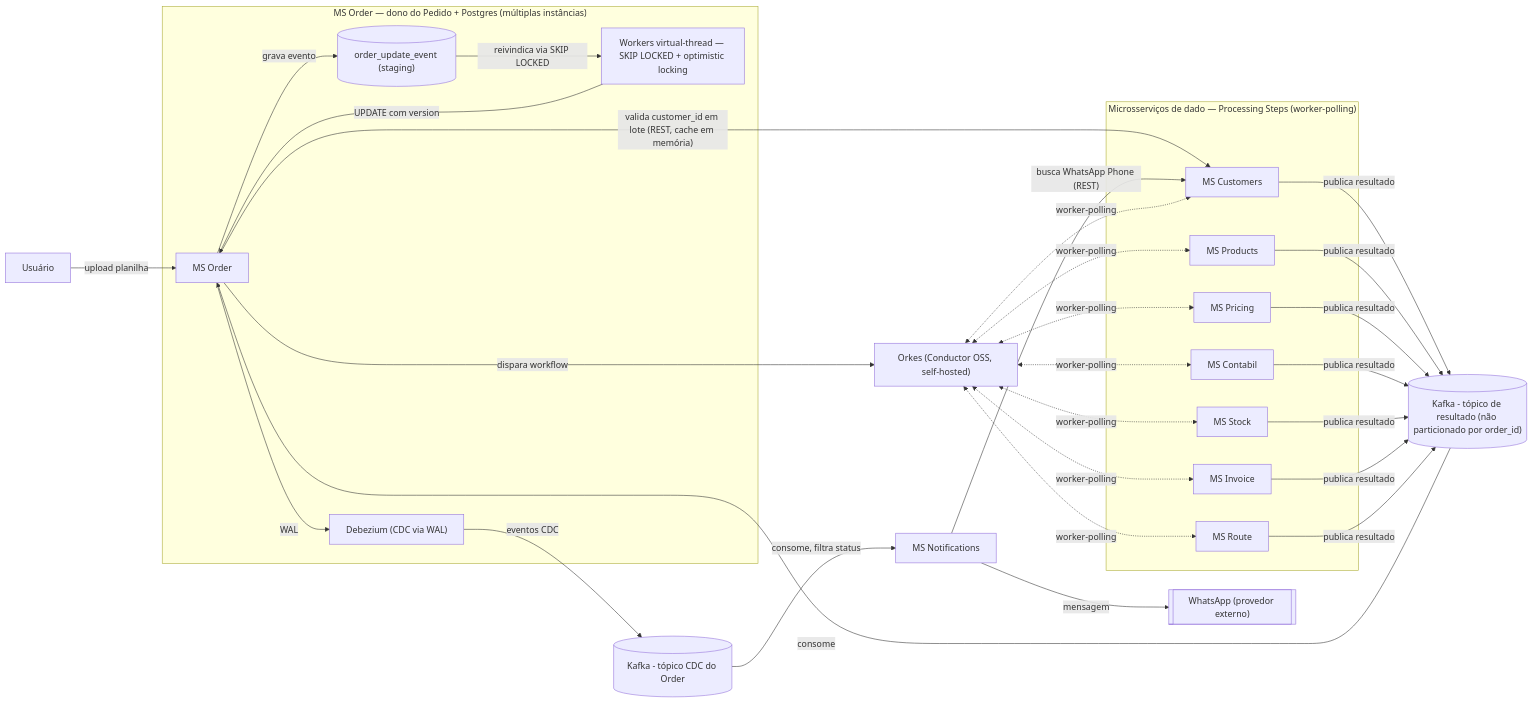
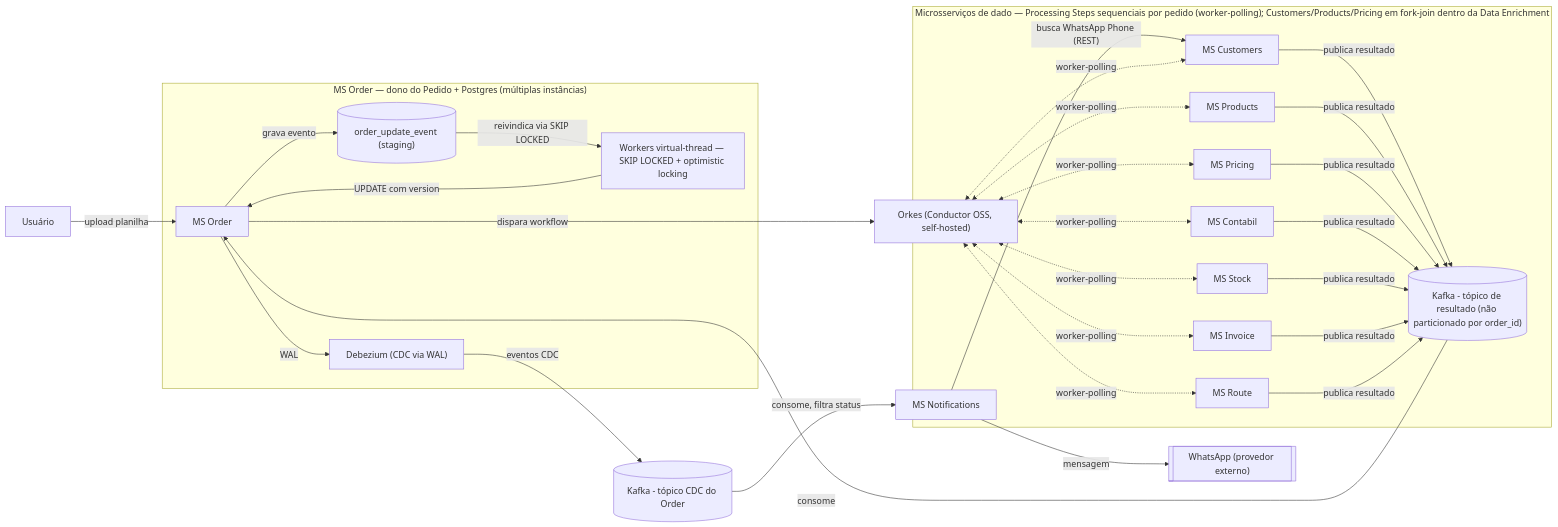
The second of 3 diagrams in app/docs/specs/order-processing-prd.md (george-bonespirito/uncle-bob-best-practices-with-ia), drawn with Mermaid before and after one commit. The commit also changed other lines of this file and 8 other files, not shown here.

````diff
--- a/app/docs/specs/order-processing-prd.md
+++ b/app/docs/specs/order-processing-prd.md
@@ -107,55 +107,54 @@
 ```mermaid
 flowchart LR
     User["Usuário"]
 
     subgraph OrderCtx["MS Order — dono do Pedido + Postgres (múltiplas instâncias)"]
         Order["MS Order"]
         Staging[("order_update_event (staging)")]
         Workers["Workers virtual-thread — SKIP LOCKED + optimistic locking"]
         Debezium["Debezium (CDC via WAL)"]
     end
 
     Orkes["Orkes (Conductor OSS, self-hosted)"]
 
-    subgraph DataMS["Microsserviços de dado — Processing Steps (worker-polling)"]
+    subgraph DataMS["Microsserviços de dado — Processing Steps sequenciais por pedido (worker-polling); Customers/Products/Pricing em fork-join dentro da Data Enrichment"]
         Customers["MS Customers"]
         Products["MS Products"]
         Pricing["MS Pricing"]
         Stock["MS Stock"]
         Contabil["MS Contabil"]
         Invoice["MS Invoice"]
         Route["MS Route"]
     end
 
     ResultsKafka[("Kafka - tópico de resultado (não particionado por order_id)")]
     CdcKafka[("Kafka - tópico CDC do Order")]
     Notifications["MS Notifications"]
     WhatsApp[["WhatsApp (provedor externo)"]]
 
     User -->|"upload planilha"| Order
-    Order -->|"valida customer_id em lote (REST, cache em memória)"| Customers
     Notifications -->|"busca WhatsApp Phone (REST)"| Customers
     Order -->|"dispara workflow"| Orkes
     Orkes <-.->|"worker-polling"| Customers
     Orkes <-.->|"worker-polling"| Products
     Orkes <-.->|"worker-polling"| Pricing
     Orkes <-.->|"worker-polling"| Contabil
     Orkes <-.->|"worker-polling"| Stock
     Orkes <-.->|"worker-polling"| Invoice
     Orkes <-.->|"worker-polling"| Route
     Customers -->|"publica resultado"| ResultsKafka
     Products -->|"publica resultado"| ResultsKafka
     Pricing -->|"publica resultado"| ResultsKafka
     Contabil -->|"publica resultado"| ResultsKafka
     Stock -->|"publica resultado"| ResultsKafka
     Invoice -->|"publica resultado"| ResultsKafka
     Route -->|"publica resultado"| ResultsKafka
     ResultsKafka -->|"consome"| Order
     Order -->|"grava evento"| Staging
     Staging -->|"reivindica via SKIP LOCKED"| Workers
     Workers -->|"UPDATE com version"| Order
     Order -->|"WAL"| Debezium
     Debezium -->|"eventos CDC"| CdcKafka
     CdcKafka -->|"consome, filtra status"| Notifications
     Notifications -->|"mensagem"| WhatsApp
 ```
````
